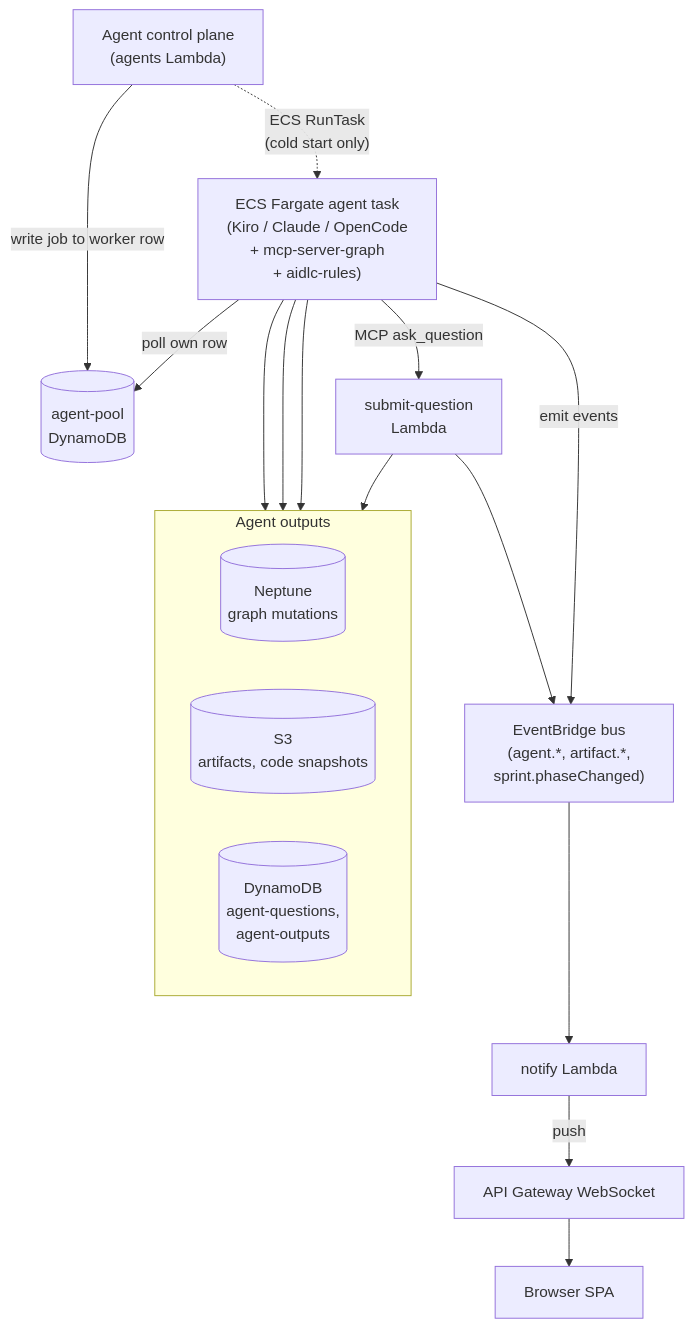
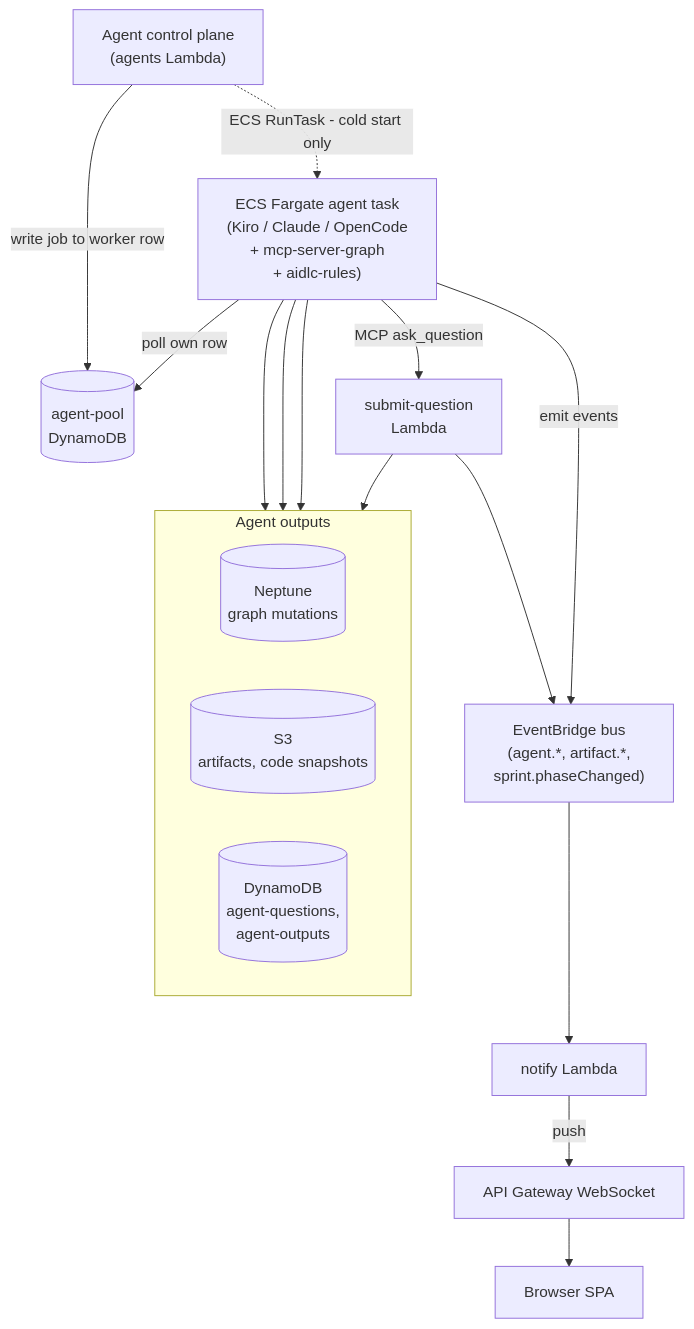
One commit to aws-samples/sample-collaborative-ai-dlc changed the second of 2 diagrams in docs/concepts/architecture.md. Above: the diagram before and after it, drawn with Mermaid. The commit also changed other lines of this file, not shown here.

Commit message:
fix lint error

````diff
--- a/docs/concepts/architecture.md
+++ b/docs/concepts/architecture.md
@@ -96,35 +96,35 @@
 ```mermaid
 flowchart TB
   AGCTL["Agent control plane<br/>(agents Lambda)"]
   POOL[("agent-pool<br/>DynamoDB")]
   AGENT["ECS Fargate agent task<br/>(Kiro / Claude / OpenCode<br/>+ mcp-server-graph<br/>+ aidlc-rules)"]
   SUBQ["submit-question<br/>Lambda"]
 
   subgraph Outputs["Agent outputs"]
     direction LR
     NEP[("Neptune<br/>graph mutations")]
     S3[("S3<br/>artifacts, code snapshots")]
     DDB[("DynamoDB<br/>agent-questions,<br/>agent-outputs")]
   end
 
   EB["EventBridge bus<br/>(agent.*, artifact.*,<br/>sprint.phaseChanged)"]
   NOTIFY["notify Lambda"]
   WS["API Gateway WebSocket"]
   SPA["Browser SPA"]
 
   AGCTL -->|write job to worker row| POOL
-  AGCTL -. ECS RunTask<br/>(cold start only) .-> AGENT
+  AGCTL -. ECS RunTask - cold start only .-> AGENT
   AGENT -->|poll own row| POOL
 
   AGENT --> NEP
   AGENT --> S3
   AGENT --> DDB
   AGENT -->|MCP ask_question| SUBQ
   SUBQ --> DDB
   SUBQ --> EB
   AGENT -->|emit events| EB
 
   EB --> NOTIFY
   NOTIFY -->|push| WS
   WS --> SPA
 ```
````
